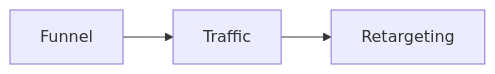
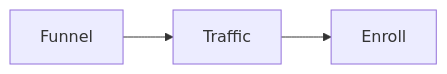
The fourth of 5 diagrams in docs/method/motions.md (redrhino-online/red-canon), drawn with Mermaid before and after one commit. The commit also changed other lines of this file and 8 other files, not shown here.

````diff
--- a/docs/method/motions.md
+++ b/docs/method/motions.md
@@ -49,4 +49,4 @@
 ```mermaid
 flowchart LR
-    A[Funnel] --> B[Traffic] --> C[Retargeting]
+    A[Funnel] --> B[Traffic] --> C[Enroll]
 ```
````
